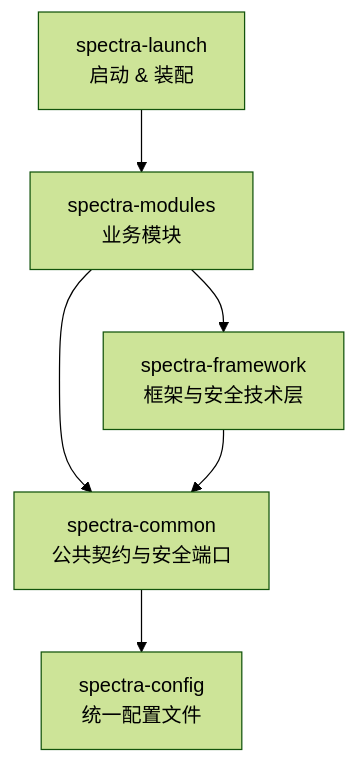
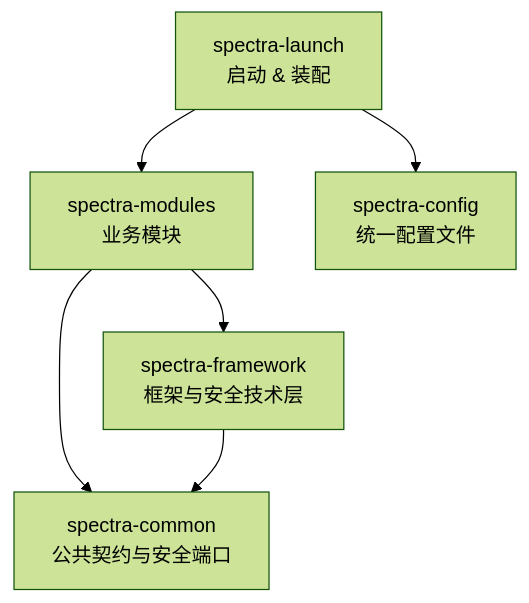
Before and after one commit to yangxj96/spectra-docs: the diagram in docs/10-后端/10-架构分层.md, drawn with Mermaid (forest theme). The commit also changed other lines of this file and 5 other files, not shown here.

````diff
--- a/docs/10-后端/10-架构分层.md
+++ b/docs/10-后端/10-架构分层.md
@@ -13,14 +13,14 @@
 ```mermaid
 graph TB
     LAUNCH["spectra-launch<br/>启动 & 装配"]
     MODULES["spectra-modules<br/>业务模块"]
     FW["spectra-framework<br/>框架与安全技术层"]
     COMMON["spectra-common<br/>公共契约与安全端口"]
     CONFIG["spectra-config<br/>统一配置文件"]
 
     LAUNCH --> MODULES
+    LAUNCH --> CONFIG
     MODULES --> FW
     MODULES --> COMMON
     FW --> COMMON
-    COMMON --> CONFIG
 ```
````
